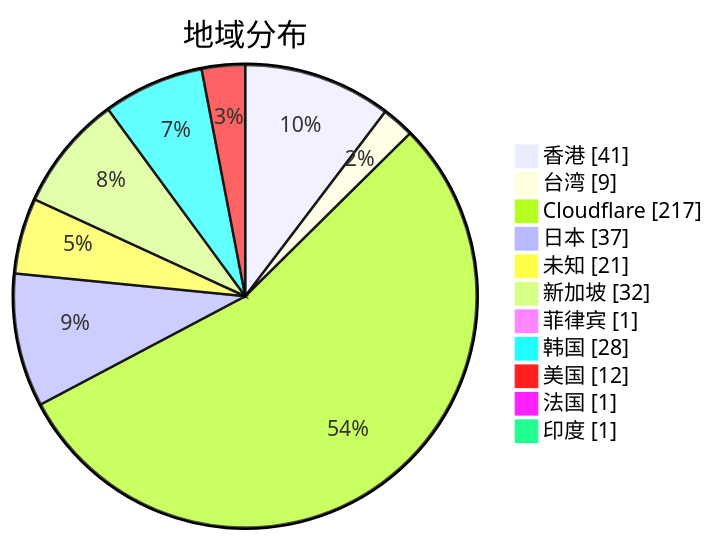
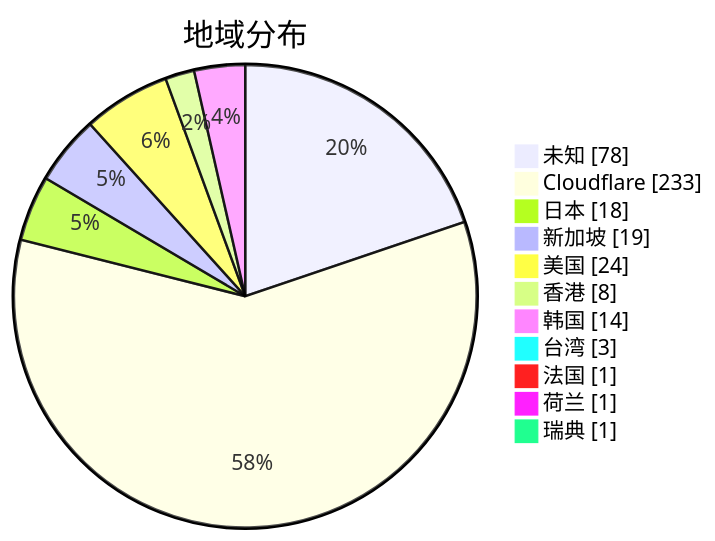
One commit to qjlxg/airport changed the second of 3 diagrams in subs/statistics/tested_within.md. Above: the diagram before and after it, drawn with Mermaid. The commit also changed other lines of this file and 2 other files, not shown here.

````diff
--- a/subs/statistics/tested_within.md
+++ b/subs/statistics/tested_within.md
@@ -13,15 +14,15 @@
 ```mermaid
 pie showData
 title 地域分布
-"香港" : 41
-"台湾" : 9
-"Cloudflare" : 217
-"日本" : 37
-"未知" : 21
-"新加坡" : 32
-"菲律宾" : 1
-"韩国" : 28
-"美国" : 12
+"未知" : 78
+"Cloudflare" : 233
+"日本" : 18
+"新加坡" : 19
+"美国" : 24
+"香港" : 8
+"韩国" : 14
+"台湾" : 3
 "法国" : 1
-"印度" : 1
+"荷兰" : 1
+"瑞典" : 1
 ```
````
